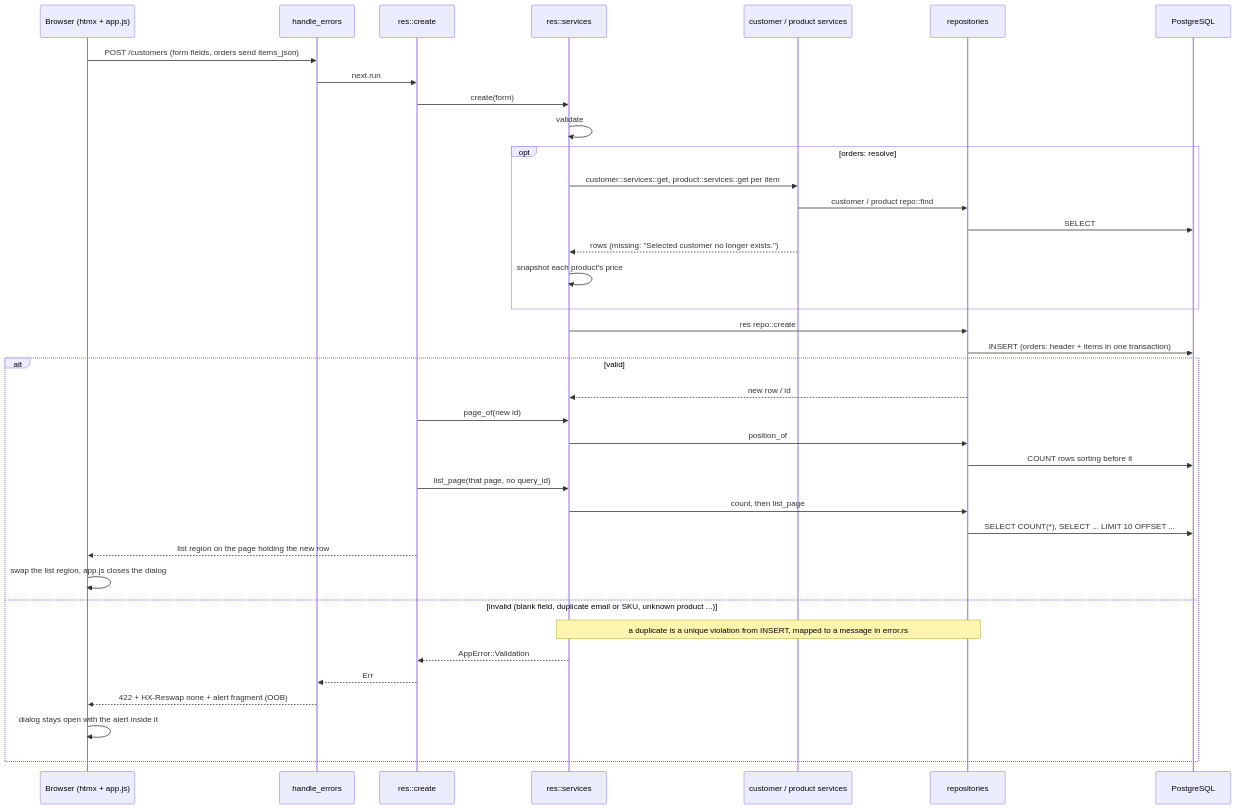
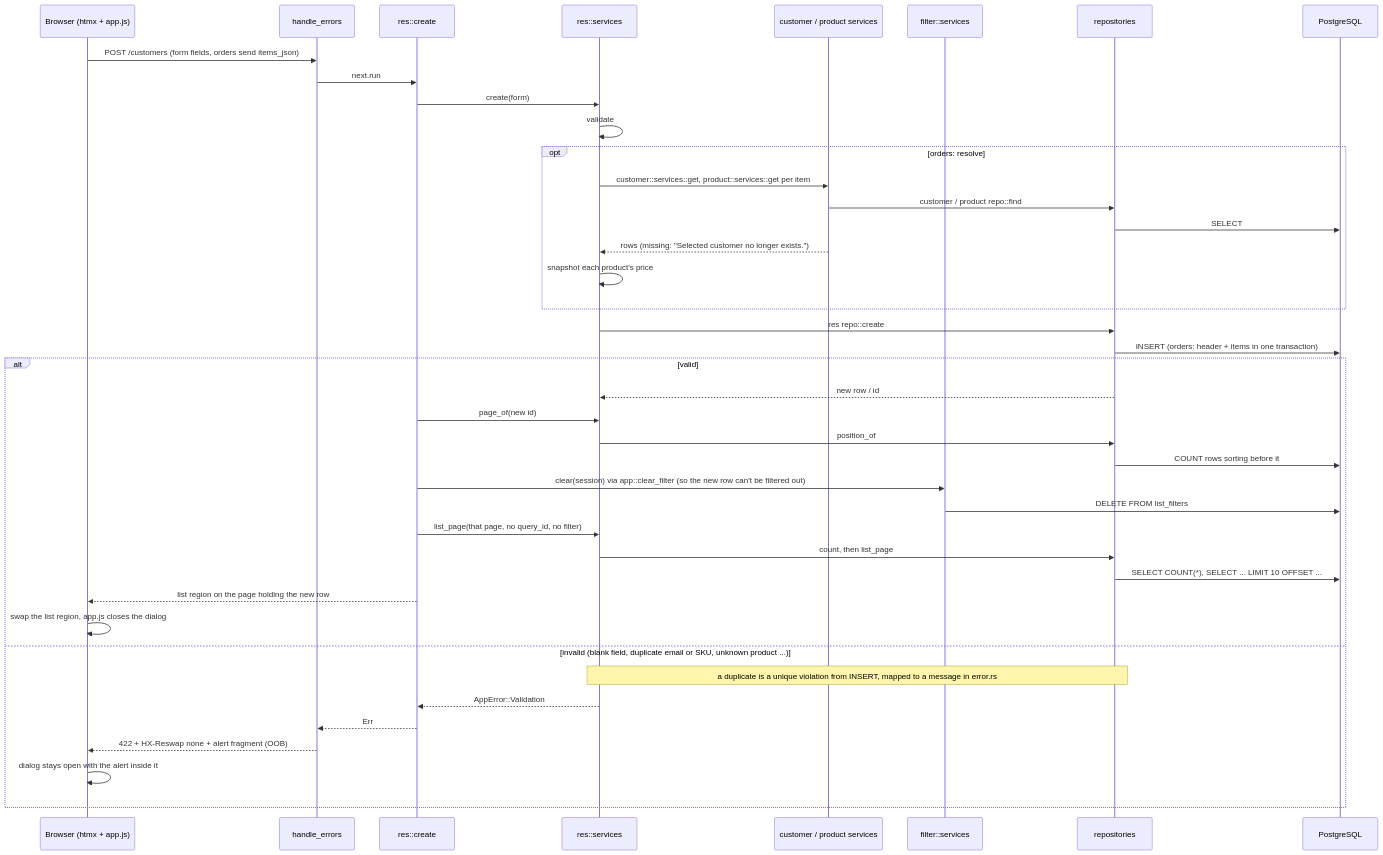
One commit to bunyawats/customer_crud_topcoat changed the diagram in docs/interaction-diagrams/05-post-create.md. Above: the diagram before and after it, drawn with Mermaid. The commit also changed 67 other files, not shown here.

First line of the commit message:
Add list search with criteria kept in a server-side filter object

````diff
--- a/docs/interaction-diagrams/05-post-create.md
+++ b/docs/interaction-diagrams/05-post-create.md
@@ -3,40 +3,43 @@
 ```mermaid
 sequenceDiagram
     participant B as Browser (htmx + app.js)
     participant L as handle_errors
     participant H as res::create
     participant S as res::services
     participant O as customer / product services
+    participant FS as filter::services
     participant R as repositories
     participant DB as PostgreSQL
     B->>L: POST /customers (form fields, orders send items_json)
     L->>H: next.run
     H->>S: create(form)
     S->>S: validate
     opt orders: resolve
         S->>O: customer::services::get, product::services::get per item
         O->>R: customer / product repo::find
         R->>DB: SELECT
         O-->>S: rows (missing: "Selected customer no longer exists.")
         S->>S: snapshot each product's price
     end
     S->>R: res repo::create
     R->>DB: INSERT (orders: header + items in one transaction)
     alt valid
         R-->>S: new row / id
         H->>S: page_of(new id)
         S->>R: position_of
         R->>DB: COUNT rows sorting before it
-        H->>S: list_page(that page, no query_id)
+        H->>FS: clear(session) via app::clear_filter (so the new row can't be filtered out)
+        FS->>DB: DELETE FROM list_filters
+        H->>S: list_page(that page, no query_id, no filter)
         S->>R: count, then list_page
         R->>DB: SELECT COUNT(*), SELECT ... LIMIT 10 OFFSET ...
         H-->>B: list region on the page holding the new row
         B->>B: swap the list region, app.js closes the dialog
     else invalid (blank field, duplicate email or SKU, unknown product ...)
         Note over S,R: a duplicate is a unique violation from INSERT, mapped to a message in error.rs
         S-->>H: AppError::Validation
         H-->>L: Err
         L-->>B: 422 + HX-Reswap none + alert fragment (OOB)
         B->>B: dialog stays open with the alert inside it
     end
 ```
````
